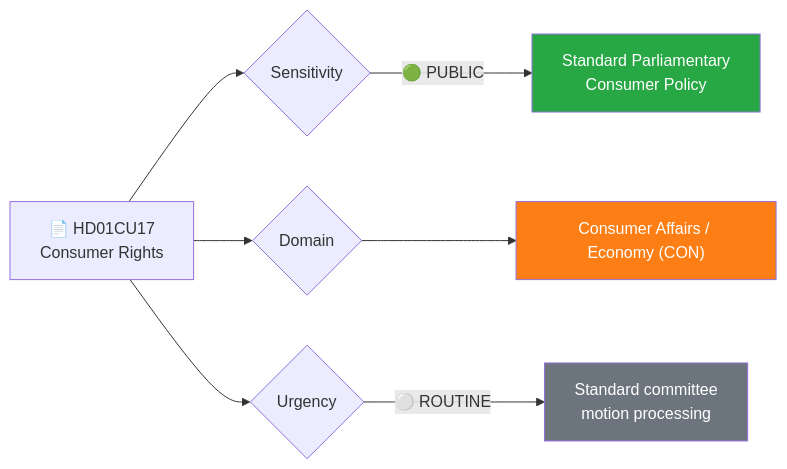
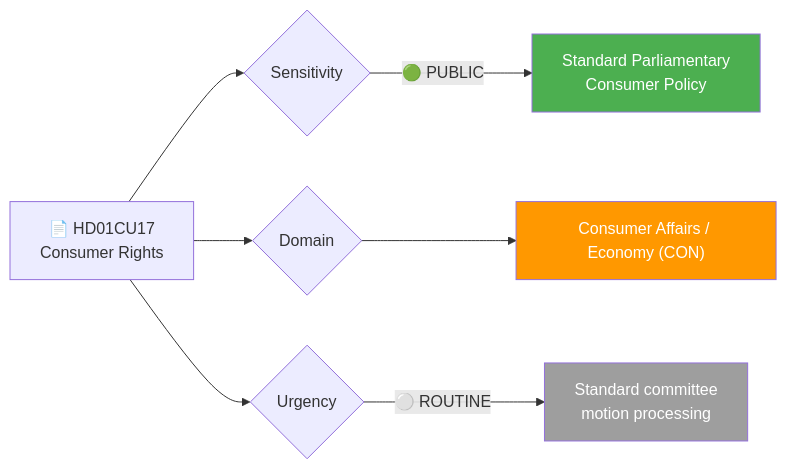
Before and after one commit to Hack23/riksdagsmonitor: the first of 2 diagrams in analysis/daily/2026-03-27/committeeReports/documents/hd01cu17-analysis.md, drawn with Mermaid. The commit also changed other lines of this file and 785 other files, not shown here.

First line of the commit message:
Normalize mermaid colors across 786 analysis artifacts to ISMS Style Guide palette

````diff
--- a/analysis/daily/2026-03-27/committeeReports/documents/hd01cu17-analysis.md
+++ b/analysis/daily/2026-03-27/committeeReports/documents/hd01cu17-analysis.md
@@ -32,15 +32,15 @@
 ```mermaid
 graph LR
     A["📄 HD01CU17<br/>Consumer Rights"] --> B{Sensitivity}
     B -->|"🟢 PUBLIC"| E["Standard Parliamentary<br/>Consumer Policy"]
 
     A --> G{Domain}
     G --> H["Consumer Affairs / Economy (CON)"]
 
     A --> I{Urgency}
     I -->|"⚪ ROUTINE"| M["Standard committee<br/>motion processing"]
 
-    style E fill:#28a745,color:#fff
-    style H fill:#fd7e14,color:#fff
-    style M fill:#6c757d,color:#fff
+    style E fill:#4CAF50,color:#FFFFFF
+    style H fill:#FF9800,color:#FFFFFF
+    style M fill:#9E9E9E,color:#FFFFFF
 ```
````
